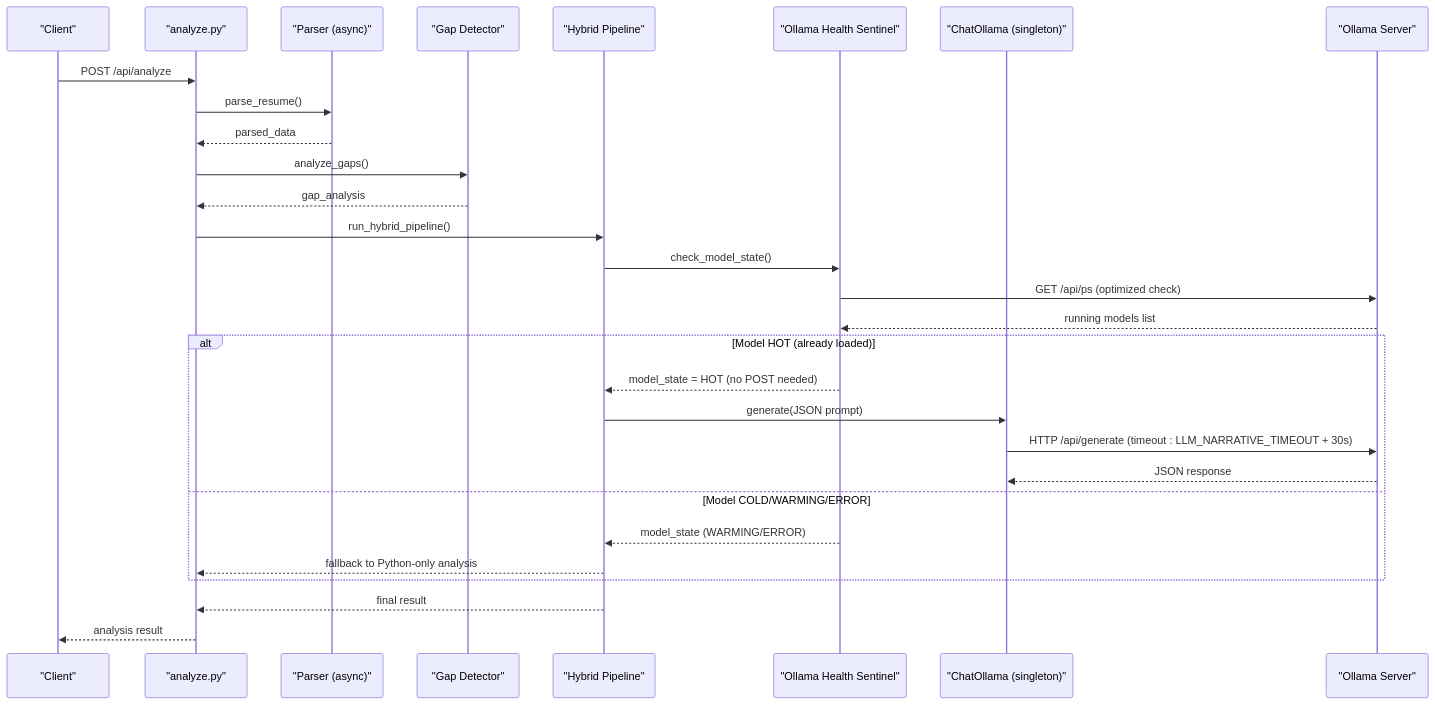
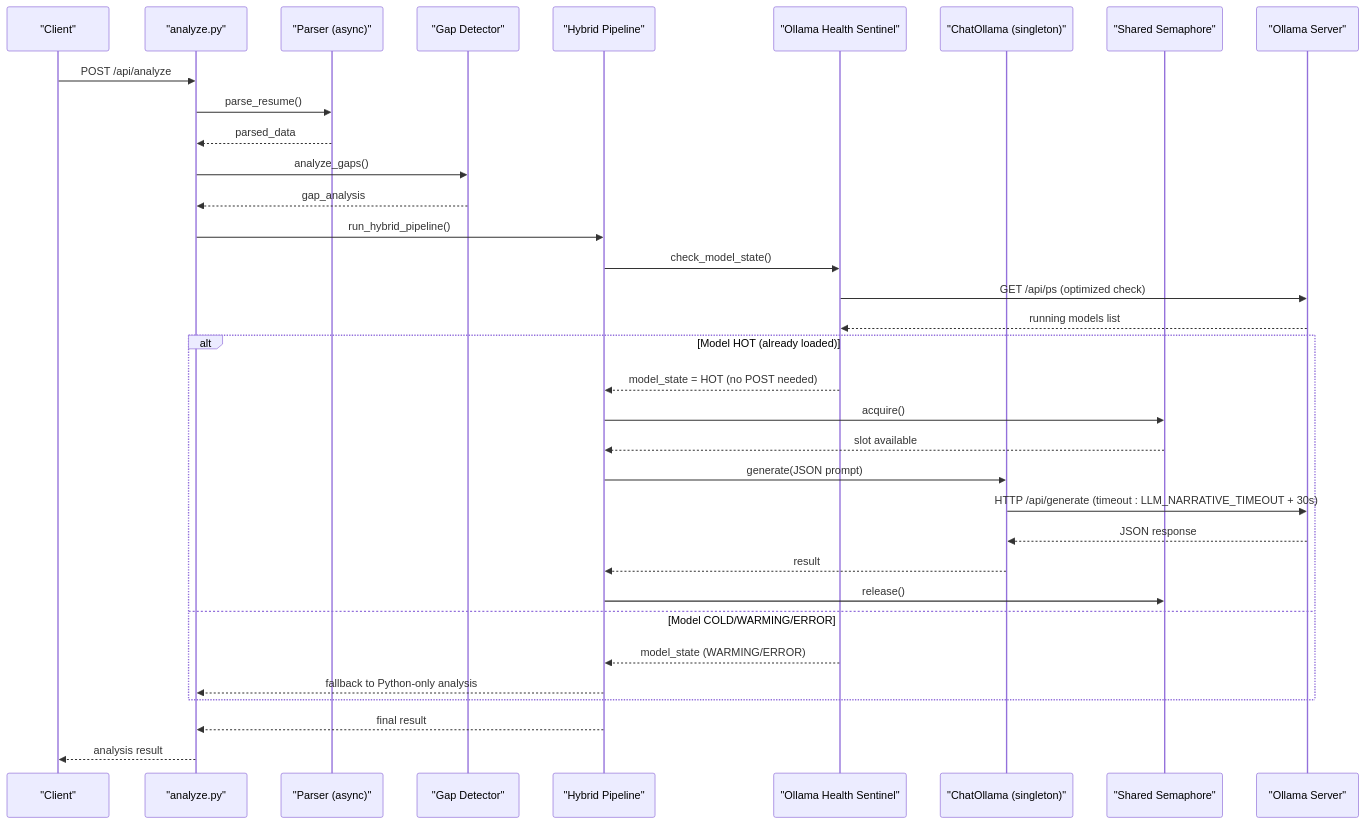
The second of 14 diagrams in .qoder/repowiki/en/content/Analysis Engine/LLM Service Integration.md (Revanththetalogics/aireume), drawn with Mermaid before and after one commit. The commit also changed other lines of this file and 6 other files, not shown here.

````diff
--- a/.qoder/repowiki/en/content/Analysis Engine/LLM Service Integration.md
+++ b/.qoder/repowiki/en/content/Analysis Engine/LLM Service Integration.md
@@ -131,31 +144,36 @@
 ```mermaid
 sequenceDiagram
 participant Client as "Client"
 participant Route as "analyze.py"
 participant Parser as "Parser (async)"
 participant Gap as "Gap Detector"
 participant Hybrid as "Hybrid Pipeline"
 participant Sentinel as "Ollama Health Sentinel"
 participant Llama as "ChatOllama (singleton)"
+participant Semaphore as "Shared Semaphore"
 participant Ollama as "Ollama Server"
 Client->>Route : POST /api/analyze
 Route->>Parser : parse_resume()
 Parser-->>Route : parsed_data
 Route->>Gap : analyze_gaps()
 Gap-->>Route : gap_analysis
 Route->>Hybrid : run_hybrid_pipeline()
 Hybrid->>Sentinel : check_model_state()
 Sentinel->>Ollama : GET /api/ps (optimized check)
 Ollama-->>Sentinel : running models list
 alt Model HOT (already loaded)
 Sentinel-->>Hybrid : model_state = HOT (no POST needed)
+Hybrid->>Semaphore : acquire()
+Semaphore-->>Hybrid : slot available
 Hybrid->>Llama : generate(JSON prompt)
 Llama->>Ollama : HTTP /api/generate (timeout : LLM_NARRATIVE_TIMEOUT + 30s)
 Ollama-->>Llama : JSON response
+Llama-->>Hybrid : result
+Hybrid->>Semaphore : release()
 else Model COLD/WARMING/ERROR
 Sentinel-->>Hybrid : model_state (WARMING/ERROR)
 Hybrid-->>Route : fallback to Python-only analysis
 end
 Hybrid-->>Route : final result
 Route-->>Client : analysis result
 ```
````
